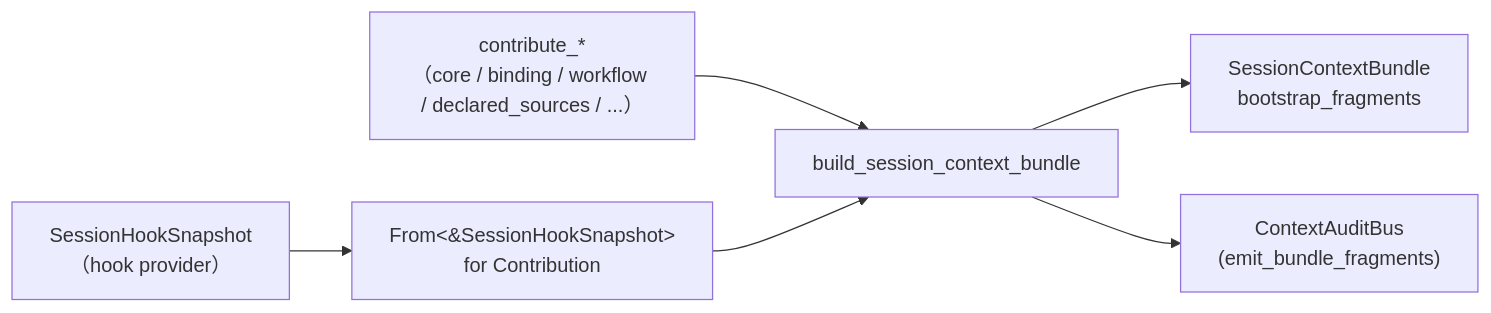
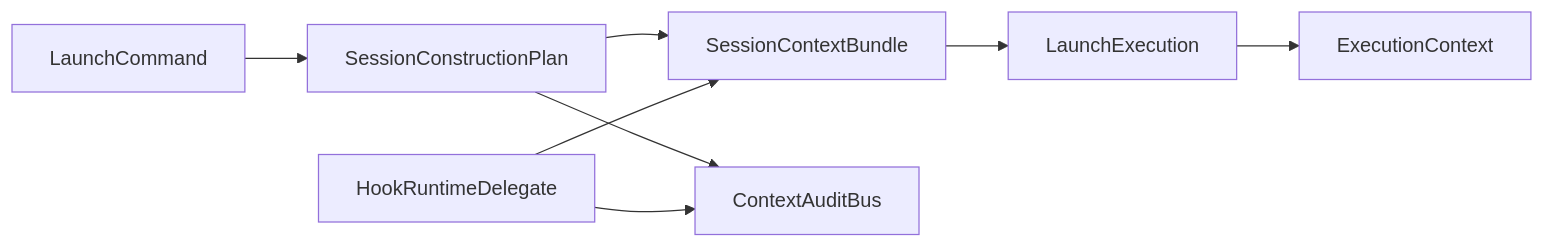
The diagram in .trellis/spec/backend/session/bundle-main-datasource.md (syan2018/AgentDash), drawn with Mermaid before and after one commit. The commit also changed other lines of this file and 14 other files, not shown here.

````diff
--- a/.trellis/spec/backend/session/bundle-main-datasource.md
+++ b/.trellis/spec/backend/session/bundle-main-datasource.md
@@ -301,14 +84,15 @@
 ```mermaid
 flowchart LR
-    Composers["contribute_*<br/>（core / binding / workflow / declared_sources / ...）"]
-    HookSnap["SessionHookSnapshot<br/>（hook provider）"]
-    Bridge["From&lt;&amp;SessionHookSnapshot&gt;<br/>for Contribution"]
-    Reducer["build_session_context_bundle"]
-    Bundle["SessionContextBundle<br/>bootstrap_fragments"]
-    Audit["ContextAuditBus<br/>(emit_bundle_fragments)"]
+    Source["LaunchCommand"]
+    Construction["SessionConstructionPlan"]
+    Bundle["SessionContextBundle"]
+    Launch["LaunchExecution"]
+    Context["ExecutionContext"]
+    Audit["ContextAuditBus"]
+    Hook["HookRuntimeDelegate"]
 
-    Composers --> Reducer
-    HookSnap --> Bridge --> Reducer
-    Reducer --> Bundle
-    Reducer --> Audit
+    Source --> Construction --> Bundle --> Launch --> Context
+    Construction --> Audit
+    Hook --> Bundle
+    Hook --> Audit
 ```
````
